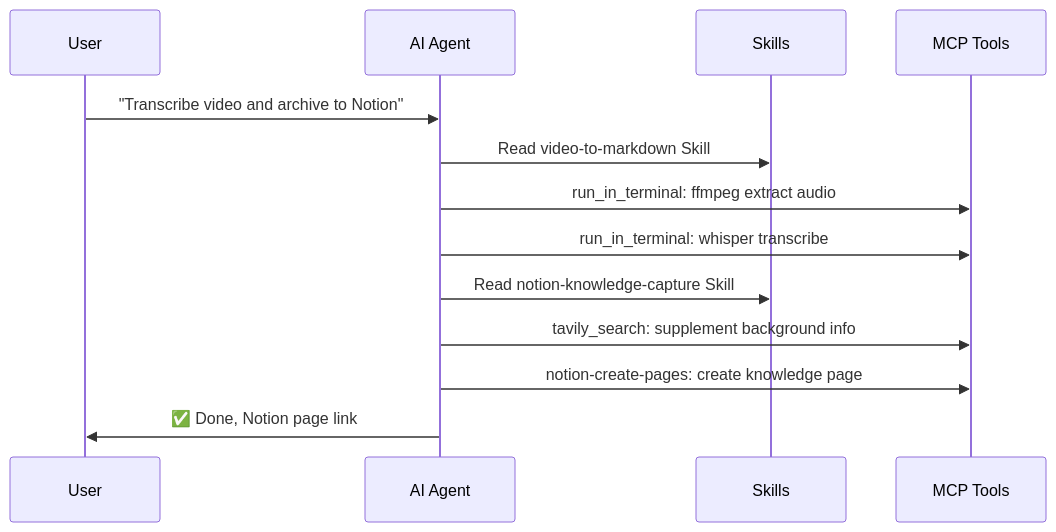
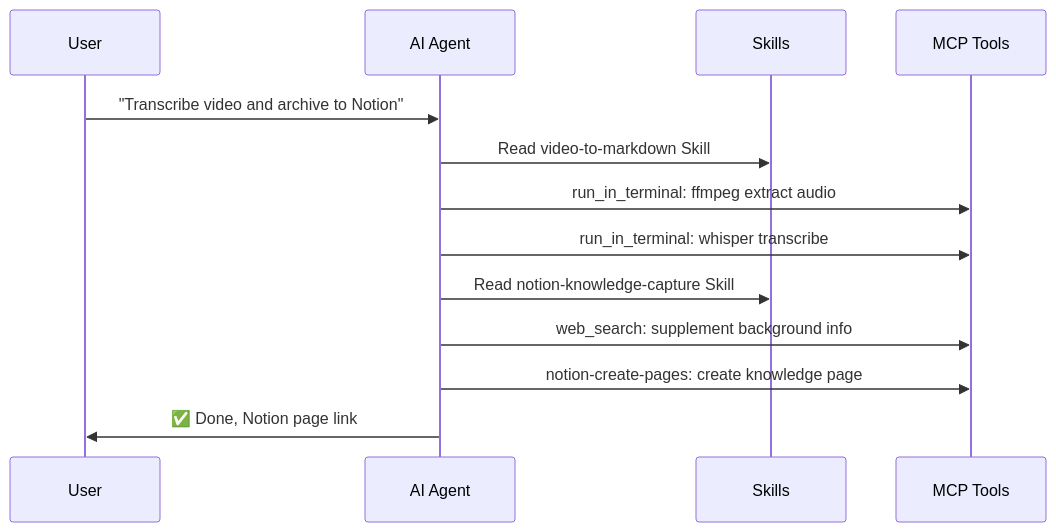
One commit to nblog/video2doc changed the second of 2 diagrams in README.en.md. Above: the diagram before and after it, drawn with Mermaid. The commit also changed other lines of this file and 1 other file, not shown here.

````diff
--- a/README.en.md
+++ b/README.en.md
@@ -104,16 +104,16 @@
 ```mermaid
 sequenceDiagram
     participant U as User
     participant A as AI Agent
     participant S as Skills
     participant T as MCP Tools
 
     U->>A: "Transcribe video and archive to Notion"
     A->>S: Read video-to-markdown Skill
     A->>T: run_in_terminal: ffmpeg extract audio
     A->>T: run_in_terminal: whisper transcribe
     A->>S: Read notion-knowledge-capture Skill
-    A->>T: tavily_search: supplement background info
+    A->>T: web_search: supplement background info
     A->>T: notion-create-pages: create knowledge page
     A->>U: ✅ Done, Notion page link
 ```
````
